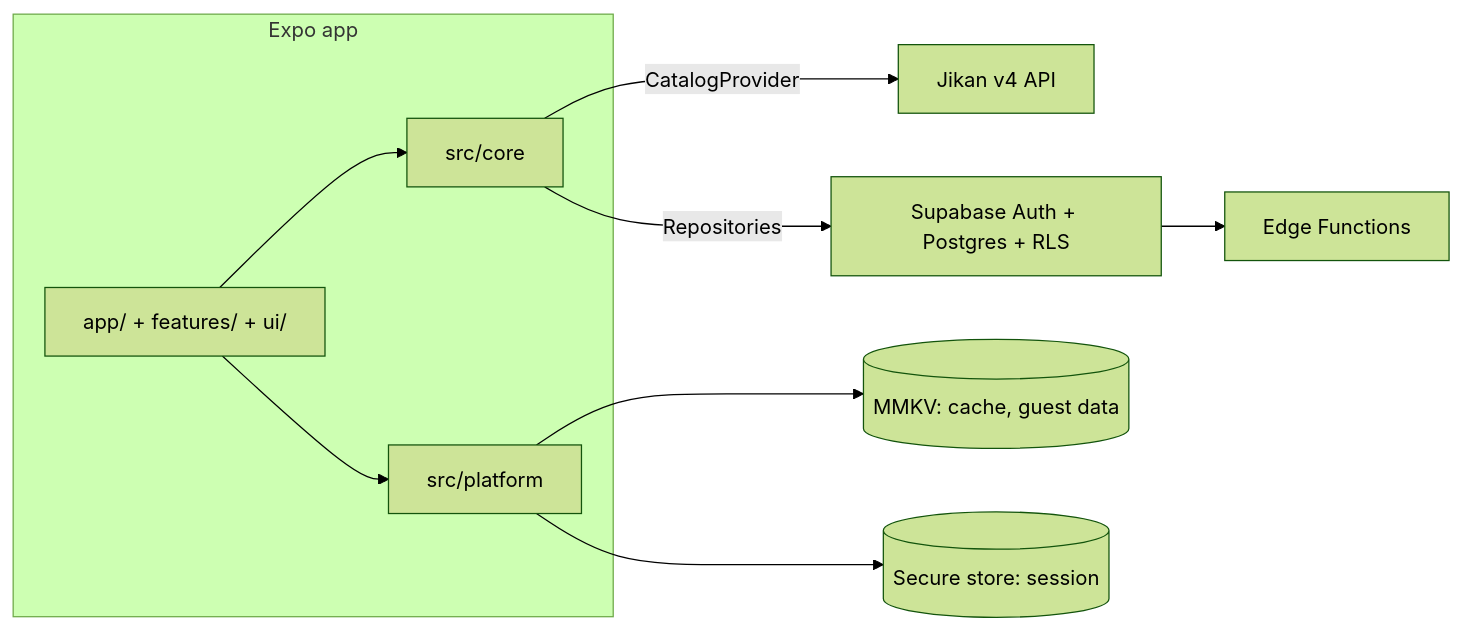
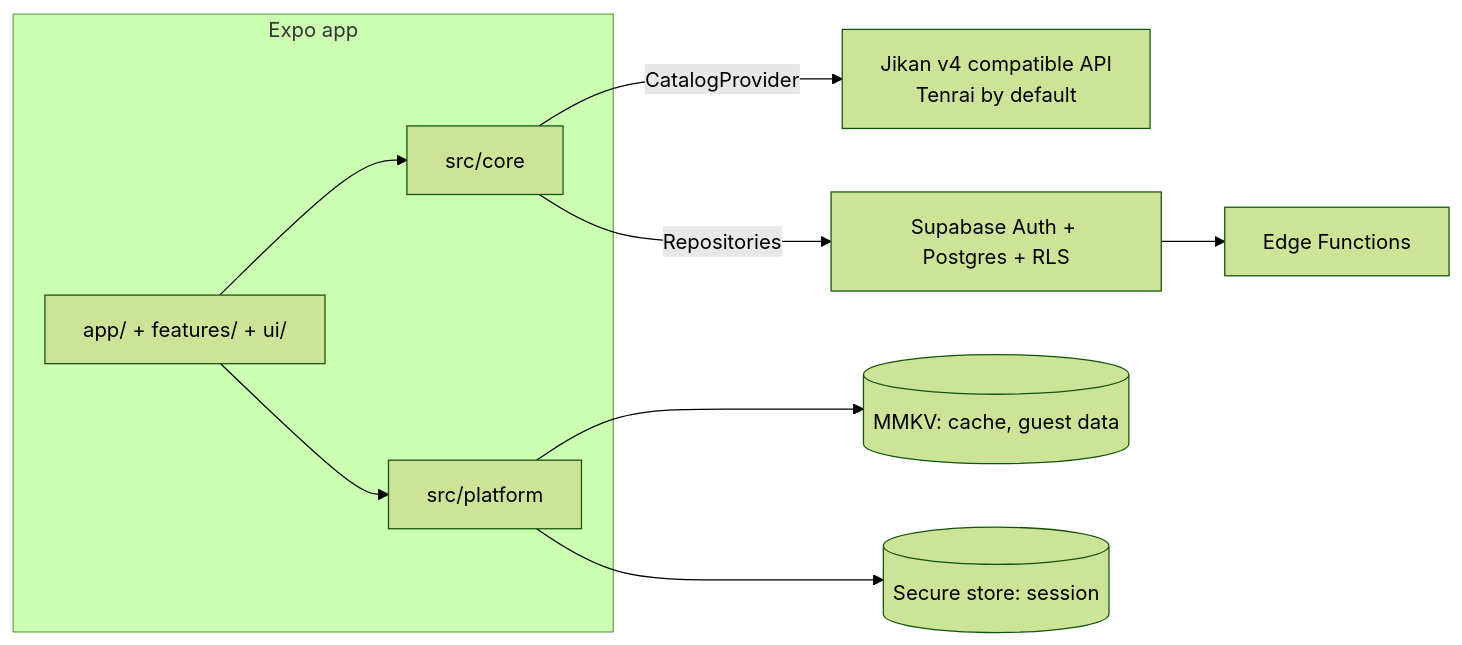
The first of 2 diagrams in docs/ARCHITECTURE.md (Nidroz/Tsuzuki), drawn with Mermaid (forest theme) before and after one commit. The commit also changed other lines of this file and 2 other files, not shown here.

Commit message:
docs(architecture): document the jikan-compatible instances and tick c-03

````diff
--- a/docs/ARCHITECTURE.md
+++ b/docs/ARCHITECTURE.md
@@ -7,15 +7,15 @@
 ```mermaid
 flowchart LR
     subgraph App[Expo app]
         UI[app/ + features/ + ui/]
         Core[src/core]
         Platform[src/platform]
     end
     UI --> Core
     UI --> Platform
-    Core -->|CatalogProvider| Jikan[Jikan v4 API]
+    Core -->|CatalogProvider| Jikan[Jikan v4 compatible API<br/>Tenrai by default]
     Core -->|Repositories| SB[Supabase Auth + Postgres + RLS]
     Platform --> MMKV[(MMKV: cache, guest data)]
     Platform --> Secure[(Secure store: session)]
     SB --> EF[Edge Functions]
 ```
````
